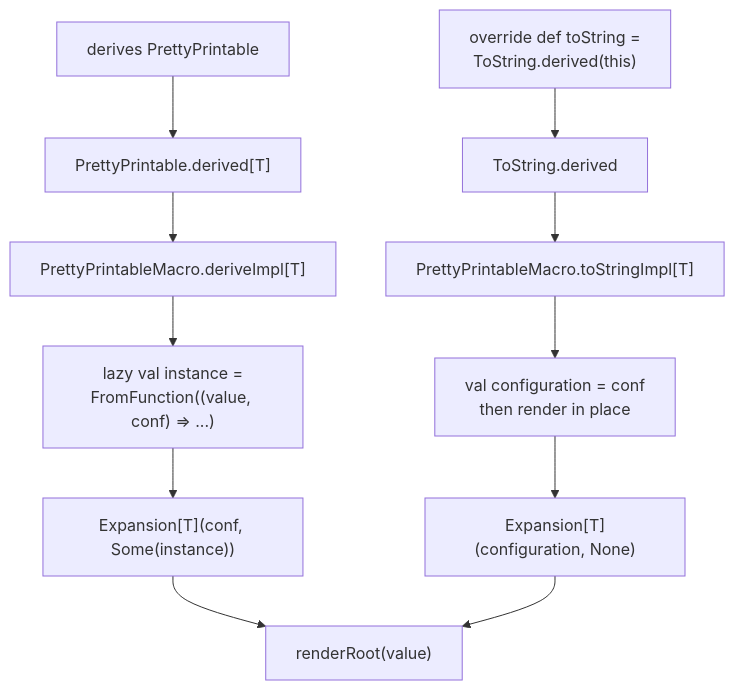
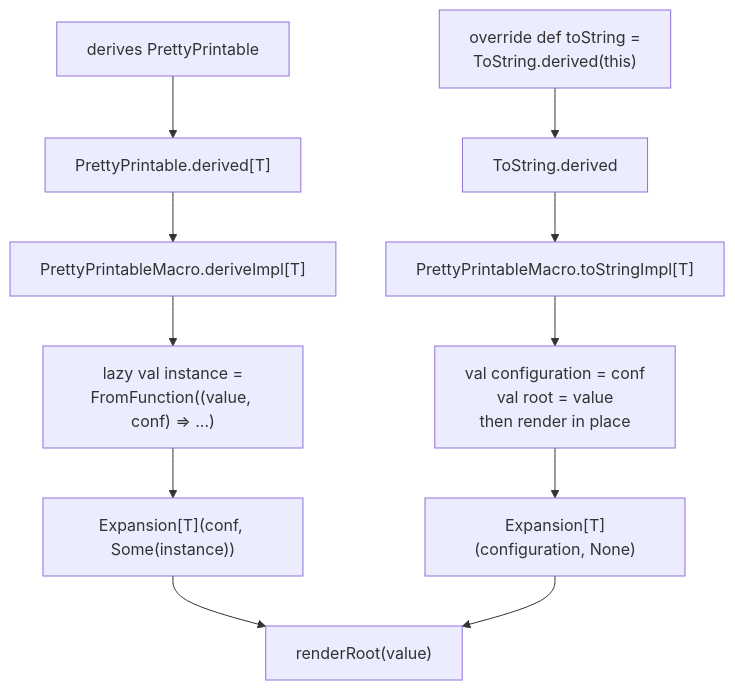
Before and after one commit to worxbend/worxbend: the third of 11 diagrams in libs/commons/reveal/ARCHITECTURE.md, drawn with Mermaid. The commit also changed other lines of this file and 25 other files, not shown here.

````diff
--- a/libs/commons/reveal/ARCHITECTURE.md
+++ b/libs/commons/reveal/ARCHITECTURE.md
@@ -130,13 +130,13 @@
 ```mermaid
 flowchart TB
   U1["derives PrettyPrintable"] --> D["PrettyPrintable.derived[T]"]
   U2["override def toString =<br/>ToString.derived(this)"] --> TS["ToString.derived"]
   D --> DI["PrettyPrintableMacro.deriveImpl[T]"]
   TS --> TI["PrettyPrintableMacro.toStringImpl[T]"]
   DI --> E1["lazy val instance =<br/>FromFunction((value, conf) => ...)"]
-  TI --> E2["val configuration = conf<br/>then render in place"]
+  TI --> E2["val configuration = conf<br/>val root = value<br/>then render in place"]
   E1 --> EX["Expansion[T](conf, Some(instance))"]
   E2 --> EX2["Expansion[T](configuration, None)"]
   EX --> R["renderRoot(value)"]
   EX2 --> R
 ```
````
